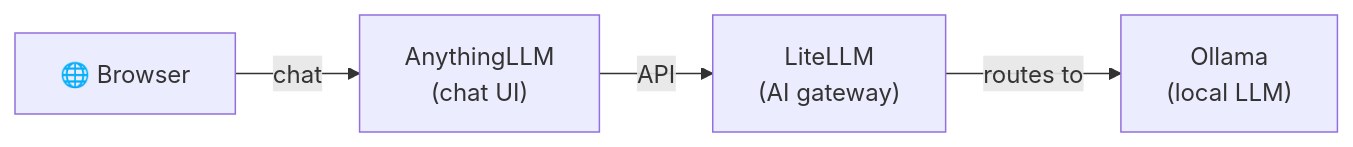
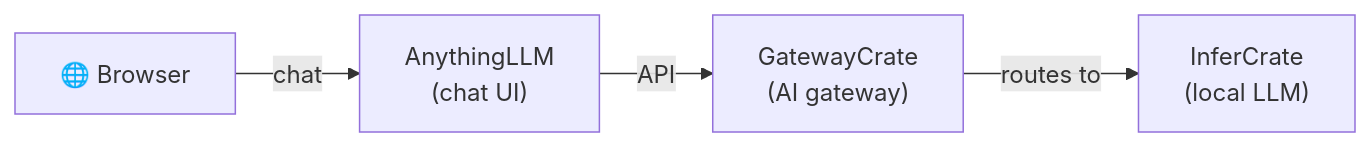
One commit to hwdsl2/self-hosted-ai-stack changed the diagram in stacks/chat-ui/README.md. Above: the diagram before and after it, drawn with Mermaid. The commit also changed other lines of this file and 47 other files, not shown here.

````diff
--- a/stacks/chat-ui/README.md
+++ b/stacks/chat-ui/README.md
@@ -17,6 +17,6 @@
 ```mermaid
 graph LR
     U["🌐 Browser"] -->|chat| A["AnythingLLM<br/>(chat UI)"]
-    A -->|API| L["LiteLLM<br/>(AI gateway)"]
-    L -->|routes to| O["Ollama<br/>(local LLM)"]
+    A -->|API| L["GatewayCrate<br/>(AI gateway)"]
+    L -->|routes to| O["InferCrate<br/>(local LLM)"]
 ```
````
